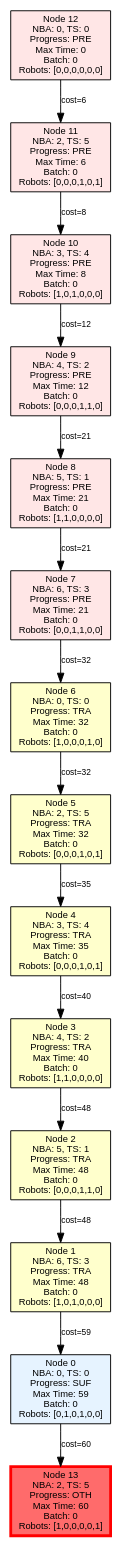
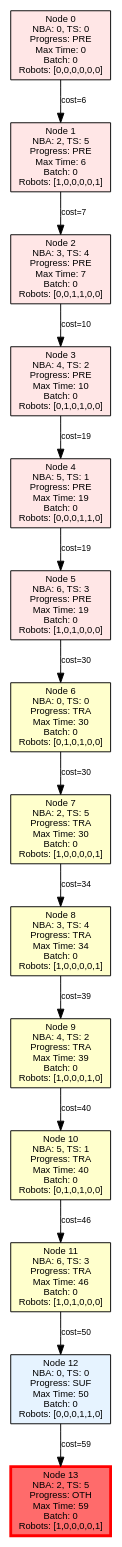
The diagram in MCTB-PDT/output/infinite_test_5_tree.dot (jrourke48/HMRTA_TS_GENERATION), drawn with Graphviz before and after one commit. The commit also changed 90 other files, not shown here.

```diff
--- a/MCTB-PDT/output/infinite_test_5_tree.dot
+++ b/MCTB-PDT/output/infinite_test_5_tree.dot
@@ -1,34 +1,34 @@
 digraph PlanningTree {
   rankdir=TB;
   node [shape=box, style=filled, fontname=Arial, fontsize=10];
   edge [fontname=Arial, fontsize=9];
 
-  node_0 [label="Node 0\nNBA: 0, TS: 0\nProgress: SUF\nMax Time: 59\nBatch: 0\nRobots: [0,1,0,1,0,0]", fillcolor="#E6F3FF"];
-  node_1 [label="Node 1\nNBA: 6, TS: 3\nProgress: TRA\nMax Time: 48\nBatch: 0\nRobots: [1,0,1,0,0,0]", fillcolor="#FFFFCC"];
-  node_2 [label="Node 2\nNBA: 5, TS: 1\nProgress: TRA\nMax Time: 48\nBatch: 0\nRobots: [0,0,0,1,1,0]", fillcolor="#FFFFCC"];
-  node_3 [label="Node 3\nNBA: 4, TS: 2\nProgress: TRA\nMax Time: 40\nBatch: 0\nRobots: [1,1,0,0,0,0]", fillcolor="#FFFFCC"];
-  node_4 [label="Node 4\nNBA: 3, TS: 4\nProgress: TRA\nMax Time: 35\nBatch: 0\nRobots: [0,0,0,1,0,1]", fillcolor="#FFFFCC"];
-  node_5 [label="Node 5\nNBA: 2, TS: 5\nProgress: TRA\nMax Time: 32\nBatch: 0\nRobots: [0,0,0,1,0,1]", fillcolor="#FFFFCC"];
-  node_6 [label="Node 6\nNBA: 0, TS: 0\nProgress: TRA\nMax Time: 32\nBatch: 0\nRobots: [1,0,0,0,1,0]", fillcolor="#FFFFCC"];
-  node_7 [label="Node 7\nNBA: 6, TS: 3\nProgress: PRE\nMax Time: 21\nBatch: 0\nRobots: [0,0,1,1,0,0]", fillcolor="#FFE6E6"];
-  node_8 [label="Node 8\nNBA: 5, TS: 1\nProgress: PRE\nMax Time: 21\nBatch: 0\nRobots: [1,1,0,0,0,0]", fillcolor="#FFE6E6"];
-  node_9 [label="Node 9\nNBA: 4, TS: 2\nProgress: PRE\nMax Time: 12\nBatch: 0\nRobots: [0,0,0,1,1,0]", fillcolor="#FFE6E6"];
-  node_10 [label="Node 10\nNBA: 3, TS: 4\nProgress: PRE\nMax Time: 8\nBatch: 0\nRobots: [1,0,1,0,0,0]", fillcolor="#FFE6E6"];
-  node_11 [label="Node 11\nNBA: 2, TS: 5\nProgress: PRE\nMax Time: 6\nBatch: 0\nRobots: [0,0,0,1,0,1]", fillcolor="#FFE6E6"];
-  node_12 [label="Node 12\nNBA: 0, TS: 0\nProgress: PRE\nMax Time: 0\nBatch: 0\nRobots: [0,0,0,0,0,0]", fillcolor="#FFE6E6"];
-  node_13 [label="Node 13\nNBA: 2, TS: 5\nProgress: OTH\nMax Time: 60\nBatch: 0\nRobots: [1,0,0,0,0,1]", fillcolor="#FF6B6B", penwidth=3, color=red];
+  node_0 [label="Node 0\nNBA: 0, TS: 0\nProgress: PRE\nMax Time: 0\nBatch: 0\nRobots: [0,0,0,0,0,0]", fillcolor="#FFE6E6"];
+  node_1 [label="Node 1\nNBA: 2, TS: 5\nProgress: PRE\nMax Time: 6\nBatch: 0\nRobots: [1,0,0,0,0,1]", fillcolor="#FFE6E6"];
+  node_2 [label="Node 2\nNBA: 3, TS: 4\nProgress: PRE\nMax Time: 7\nBatch: 0\nRobots: [0,0,1,1,0,0]", fillcolor="#FFE6E6"];
+  node_3 [label="Node 3\nNBA: 4, TS: 2\nProgress: PRE\nMax Time: 10\nBatch: 0\nRobots: [0,1,0,1,0,0]", fillcolor="#FFE6E6"];
+  node_4 [label="Node 4\nNBA: 5, TS: 1\nProgress: PRE\nMax Time: 19\nBatch: 0\nRobots: [0,0,0,1,1,0]", fillcolor="#FFE6E6"];
+  node_5 [label="Node 5\nNBA: 6, TS: 3\nProgress: PRE\nMax Time: 19\nBatch: 0\nRobots: [1,0,1,0,0,0]", fillcolor="#FFE6E6"];
+  node_6 [label="Node 6\nNBA: 0, TS: 0\nProgress: TRA\nMax Time: 30\nBatch: 0\nRobots: [0,1,0,1,0,0]", fillcolor="#FFFFCC"];
+  node_7 [label="Node 7\nNBA: 2, TS: 5\nProgress: TRA\nMax Time: 30\nBatch: 0\nRobots: [1,0,0,0,0,1]", fillcolor="#FFFFCC"];
+  node_8 [label="Node 8\nNBA: 3, TS: 4\nProgress: TRA\nMax Time: 34\nBatch: 0\nRobots: [1,0,0,0,0,1]", fillcolor="#FFFFCC"];
+  node_9 [label="Node 9\nNBA: 4, TS: 2\nProgress: TRA\nMax Time: 39\nBatch: 0\nRobots: [1,0,0,0,1,0]", fillcolor="#FFFFCC"];
+  node_10 [label="Node 10\nNBA: 5, TS: 1\nProgress: TRA\nMax Time: 40\nBatch: 0\nRobots: [0,1,0,1,0,0]", fillcolor="#FFFFCC"];
+  node_11 [label="Node 11\nNBA: 6, TS: 3\nProgress: TRA\nMax Time: 46\nBatch: 0\nRobots: [1,0,1,0,0,0]", fillcolor="#FFFFCC"];
+  node_12 [label="Node 12\nNBA: 0, TS: 0\nProgress: SUF\nMax Time: 50\nBatch: 0\nRobots: [0,0,0,1,1,0]", fillcolor="#E6F3FF"];
+  node_13 [label="Node 13\nNBA: 2, TS: 5\nProgress: OTH\nMax Time: 59\nBatch: 0\nRobots: [1,0,0,0,0,1]", fillcolor="#FF6B6B", penwidth=3, color=red];
 
-  node_0 -> node_13 [label="cost=60"];
-  node_1 -> node_0 [label="cost=59"];
-  node_2 -> node_1 [label="cost=48"];
-  node_3 -> node_2 [label="cost=48"];
-  node_4 -> node_3 [label="cost=40"];
-  node_5 -> node_4 [label="cost=35"];
-  node_6 -> node_5 [label="cost=32"];
-  node_7 -> node_6 [label="cost=32"];
-  node_8 -> node_7 [label="cost=21"];
-  node_9 -> node_8 [label="cost=21"];
-  node_10 -> node_9 [label="cost=12"];
-  node_11 -> node_10 [label="cost=8"];
-  node_12 -> node_11 [label="cost=6"];
+  node_0 -> node_1 [label="cost=6"];
+  node_1 -> node_2 [label="cost=7"];
+  node_2 -> node_3 [label="cost=10"];
+  node_3 -> node_4 [label="cost=19"];
+  node_4 -> node_5 [label="cost=19"];
+  node_5 -> node_6 [label="cost=30"];
+  node_6 -> node_7 [label="cost=30"];
+  node_7 -> node_8 [label="cost=34"];
+  node_8 -> node_9 [label="cost=39"];
+  node_9 -> node_10 [label="cost=40"];
+  node_10 -> node_11 [label="cost=46"];
+  node_11 -> node_12 [label="cost=50"];
+  node_12 -> node_13 [label="cost=59"];
 }
```
